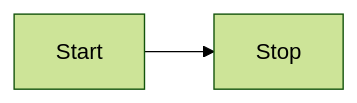
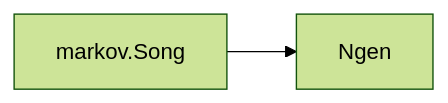
Before and after one commit to bh90210/mlsic: the second of 3 diagrams in docs/_posts/2024-08-19-markov-chains.md, drawn with Mermaid (forest theme). The commit also changed other lines of this file, not shown here.

````diff
--- a/docs/_posts/2024-08-19-markov-chains.md
+++ b/docs/_posts/2024-08-19-markov-chains.md
@@ -48,4 +48,4 @@
 ```mermaid
   flowchart LR
-    Start --> Stop
+    markov.Song --> Ngen
 ```
````
